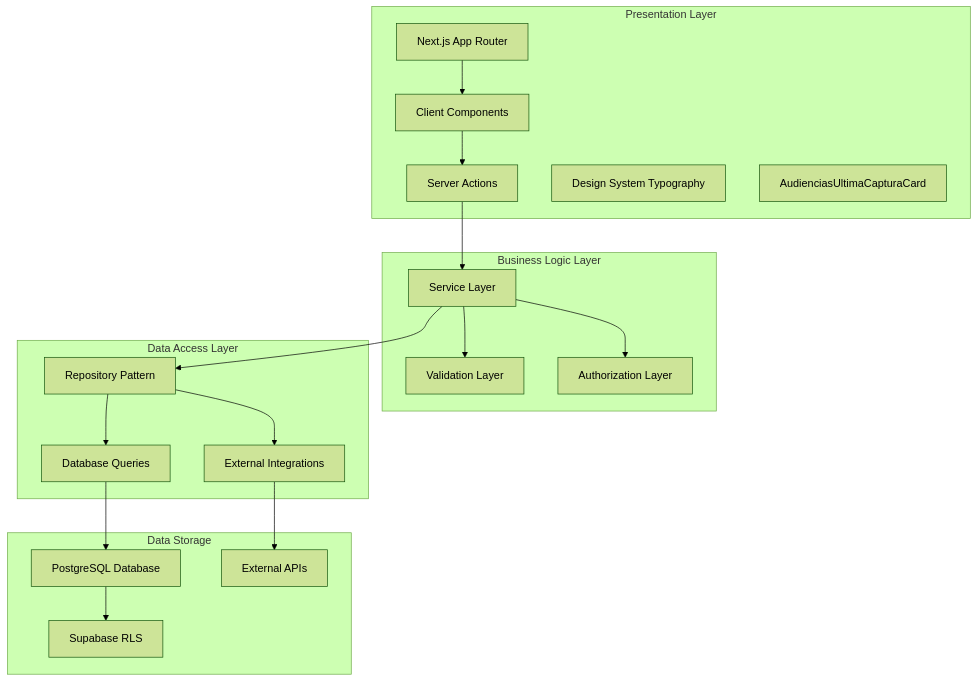
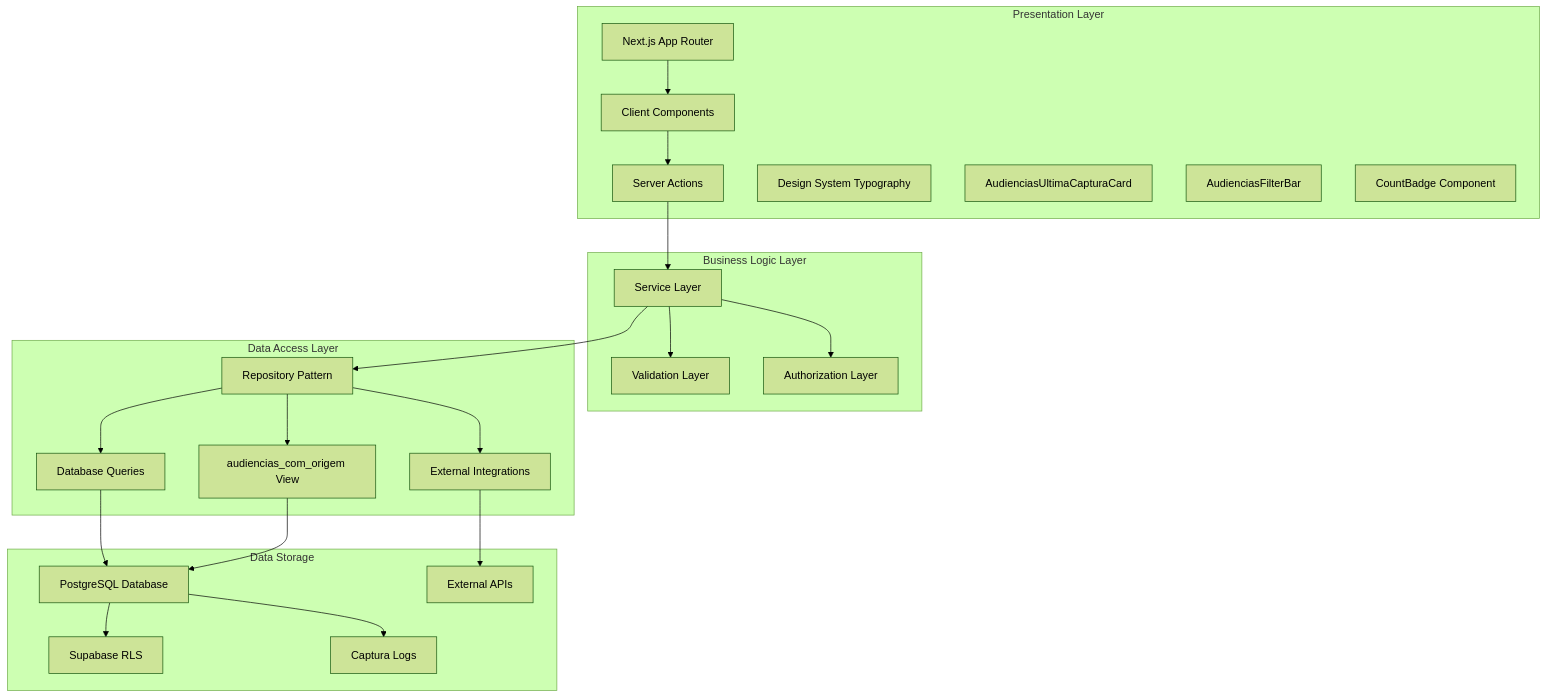
Before and after one commit to SinesysTech/zattar-os: the fifth of 20 diagrams in .qoder/repowiki/en/content/Audiência Management.md, drawn with Mermaid (forest theme). The commit also changed other lines of this file and 4 other files, not shown here.

First line of the commit message:
feat(audiencias): adicionar componente UltimaCapturaCard e padrões de interface missão

````diff
--- a/.qoder/repowiki/en/content/Audiência Management.md
+++ b/.qoder/repowiki/en/content/Audiência Management.md
@@ -299,36 +349,43 @@
 ```mermaid
 graph TD
 subgraph "Presentation Layer"
 A1[Next.js App Router]
 A2[Client Components]
 A3[Server Actions]
 A4[Design System Typography]
 A5[AudienciasUltimaCapturaCard]
+A6[AudienciasFilterBar]
+A7[CountBadge Component]
 end
 subgraph "Business Logic Layer"
 B1[Service Layer]
 B2[Validation Layer]
 B3[Authorization Layer]
 end
 subgraph "Data Access Layer"
 C1[Repository Pattern]
 C2[Database Queries]
 C3[External Integrations]
+C4[audiencias_com_origem View]
 end
 subgraph "Data Storage"
 D1[PostgreSQL Database]
 D2[Supabase RLS]
 D3[External APIs]
+D4[Captura Logs]
 end
 A1 --> A2
 A2 --> A3
 A3 --> B1
 B1 --> B2
 B1 --> B3
 B1 --> C1
 C1 --> C2
 C1 --> C3
+C1 --> C4
 C2 --> D1
 C3 --> D3
+C4 --> D1
 D1 --> D2
+D1 --> D4
 ```
````
